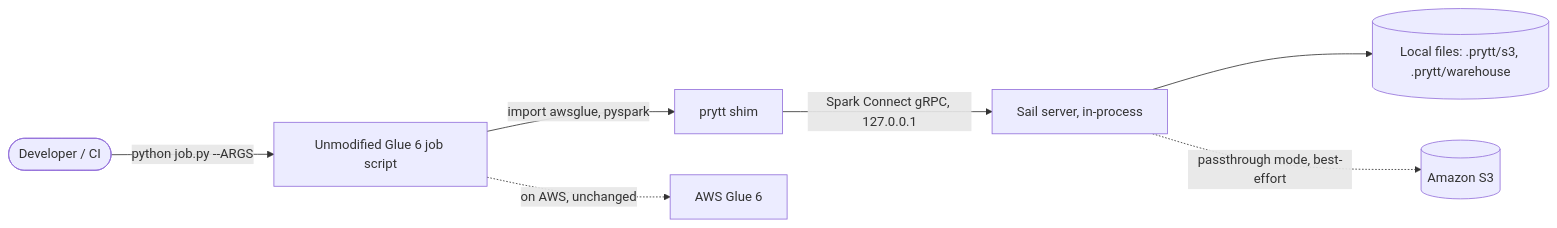
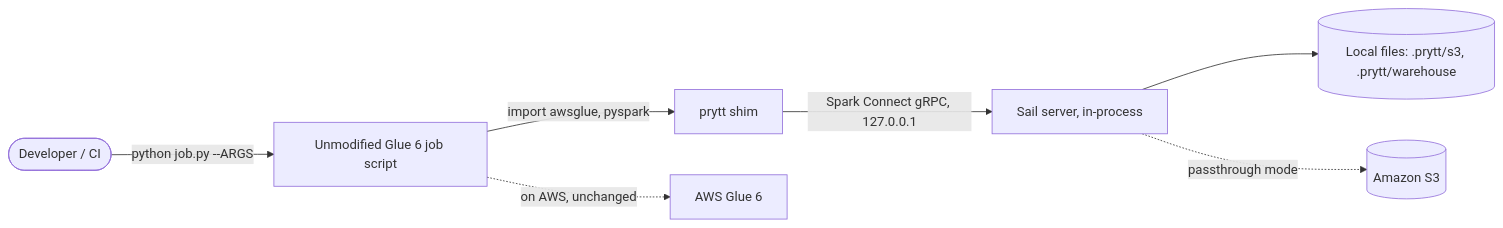
One commit to JoshuaBotha/prytt changed the first of 4 diagrams in docs/architecture/overview.md. Above: the diagram before and after it, drawn with Mermaid. The commit also changed other lines of this file and 7 other files, not shown here.

````diff
--- a/docs/architecture/overview.md
+++ b/docs/architecture/overview.md
@@ -19,9 +19,9 @@
 ```mermaid
 flowchart LR
     dev([Developer / CI]) -->|python job.py --ARGS| script[Unmodified Glue 6 job script]
     script -->|import awsglue, pyspark| prytt[prytt shim]
     prytt -->|Spark Connect gRPC, 127.0.0.1| sail[Sail server, in-process]
     sail --> fs[(Local files: .prytt/s3, .prytt/warehouse)]
-    sail -. passthrough mode, best-effort .-> s3[(Amazon S3)]
+    sail -. passthrough mode .-> s3[(Amazon S3)]
     script -. on AWS, unchanged .-> glue[AWS Glue 6]
 ```
````
